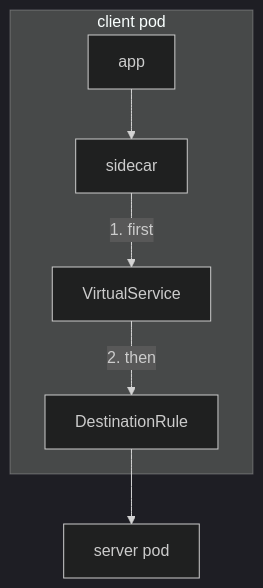
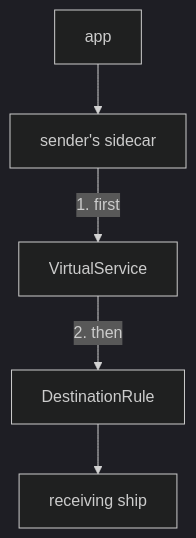
The first of 3 diagrams in sections/section-010/module-03/course-01-the-order-to-apply-and-remove-rules.md (astrona-io/ATS014), drawn with Mermaid (dark theme) before and after one commit. The commit also changed other lines of this file and 813 other files, not shown here.

````diff
--- a/sections/section-010/module-03/course-01-the-order-to-apply-and-remove-rules.md
+++ b/sections/section-010/module-03/course-01-the-order-to-apply-and-remove-rules.md
@@ -9,9 +9,7 @@
 ```mermaid
 flowchart TB
-    subgraph C["client pod"]
-        A["app"] --> S["sidecar"]
-        S -->|"1. first"| V["VirtualService"]
-        V -->|"2. then"| D["DestinationRule"]
-    end
-    D --> SP["server pod"]
+    A["app"] --> S["sender's sidecar"]
+    S -->|"1. first"| V["VirtualService"]
+    V -->|"2. then"| D["DestinationRule"]
+    D --> SP["receiving ship"]
 ```
````
